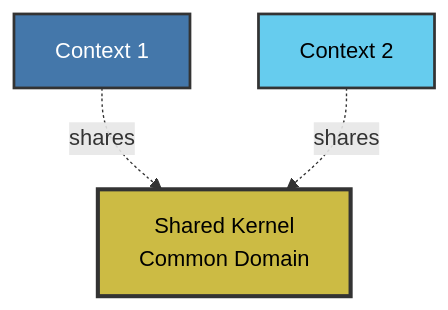
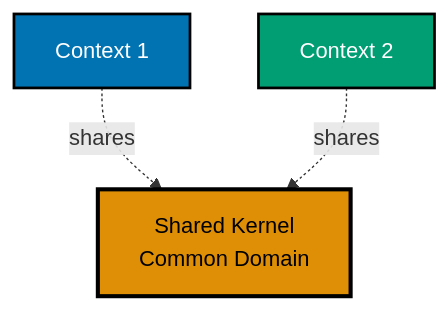
Before and after one commit to wahidyankf/open-sharia-enterprise: the seventh of 12 diagrams in docs/explanation/software-design/domain-driven-design-ddd/templates/ex-sode-dodrdedd-te__context-map-diagram.md, drawn with Mermaid. The commit also changed other lines of this file and 35 other files, not shown here.

````diff
--- a/docs/explanation/software-design/domain-driven-design-ddd/templates/ex-sode-dodrdedd-te__context-map-diagram.md
+++ b/docs/explanation/software-design/domain-driven-design-ddd/templates/ex-sode-dodrdedd-te__context-map-diagram.md
@@ -289,14 +289,14 @@
 ```mermaid
 graph TB
     SK[Shared Kernel<br/>Common Domain]
 
     C1[Context 1]
     C2[Context 2]
 
     C1 -.->|shares| SK
     C2 -.->|shares| SK
 
-    style SK fill:#CCBB44,stroke:#333,stroke-width:3px,color:#000000
-    style C1 fill:#4477AA,stroke:#333,stroke-width:2px,color:#FFFFFF
-    style C2 fill:#66CCEE,stroke:#333,stroke-width:2px,color:#000000
+    style SK fill:#DE8F05,stroke:#000000,stroke-width:3px,color:#000000
+    style C1 fill:#0173B2,stroke:#000000,stroke-width:2px,color:#FFFFFF
+    style C2 fill:#029E73,stroke:#000000,stroke-width:2px,color:#FFFFFF
 ```
````
